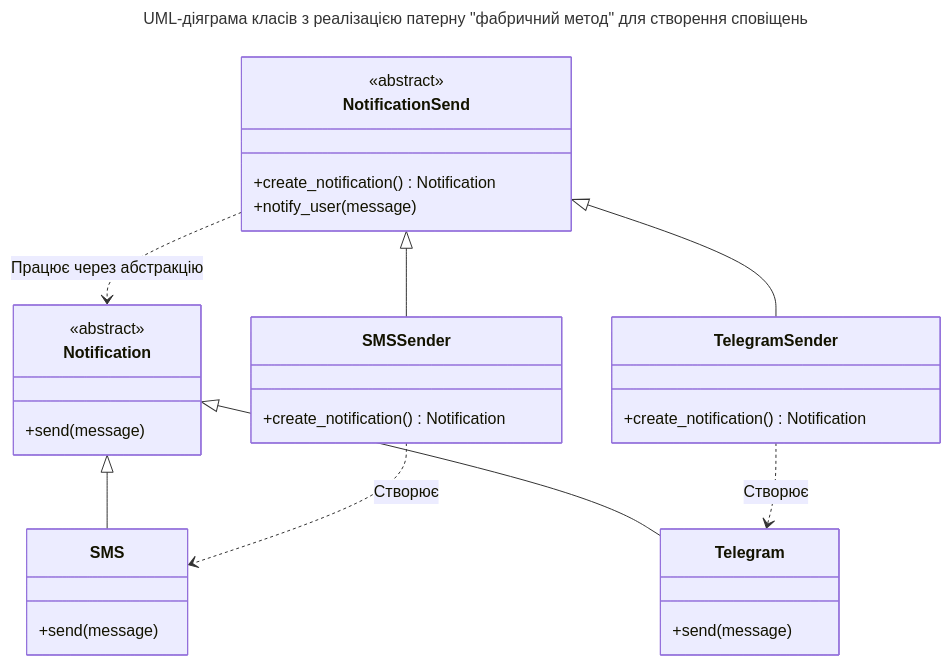
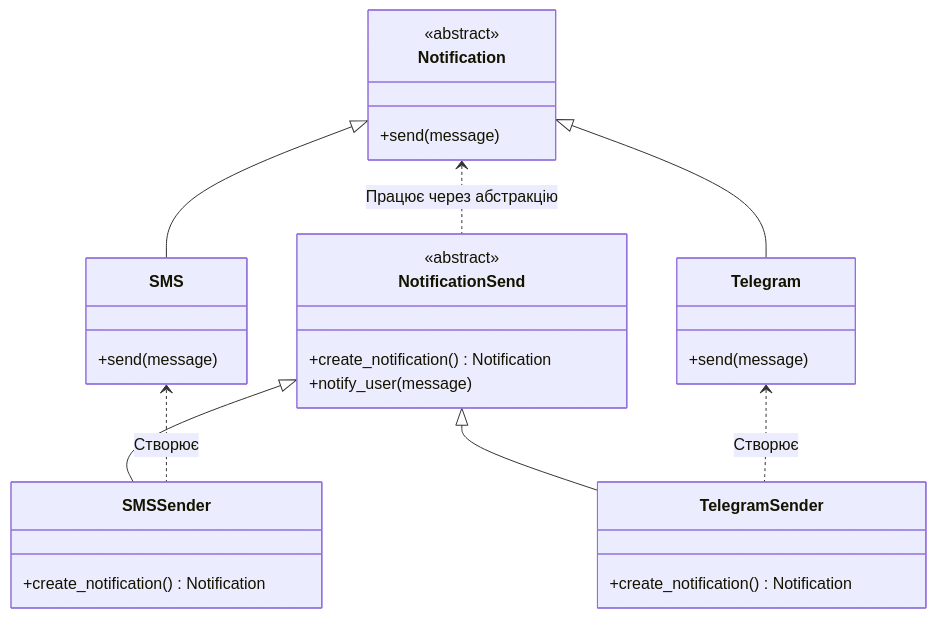
Before and after one commit to Anaziiii/top-kh-2026: the diagram in danylo-kudla/lab12/lab12.md, drawn with Mermaid. The commit also changed other lines of this file and 1 other file, not shown here.

Commit message:
update UML-diagram

````diff
--- a/danylo-kudla/lab12/lab12.md
+++ b/danylo-kudla/lab12/lab12.md
@@ -29,40 +29,39 @@
 ```mermaid
----
-title: UML-діяграма класів з реалізацією патерну "фабричний метод" для створення сповіщень
----
 classDiagram
     direction TB
 
     class Notification {
         <<abstract>>
         +send(message)
     }
     class SMS {
         +send(message)
     }
     class Telegram {
         +send(message)
     }
     
     class NotificationSend {
         <<abstract>>
         +create_notification() Notification
         +notify_user(message)
     }
     class SMSSender {
         +create_notification() Notification
     }
     class TelegramSender {
         +create_notification() Notification
     }
-
-    NotificationSend ..> Notification : Працює через абстракцію
+    
+    Notification <|-- SMS
+    Notification <|-- Telegram
+    
+    Notification <.. NotificationSend : Працює через абстракцію
     
     NotificationSend <|-- SMSSender
     NotificationSend <|-- TelegramSender
-    Notification <|-- SMS
-    Notification <|-- Telegram
+    
 
-    SMSSender ..> SMS : Створює
-    TelegramSender ..> Telegram : Створює
+    SMS <.. SMSSender : Створює
+    Telegram <.. TelegramSender : Створює
 ```
````
